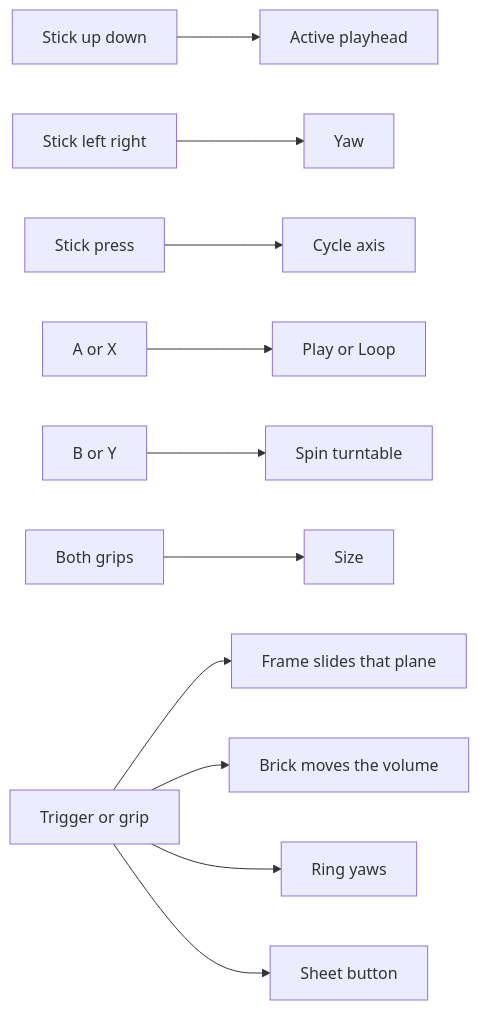
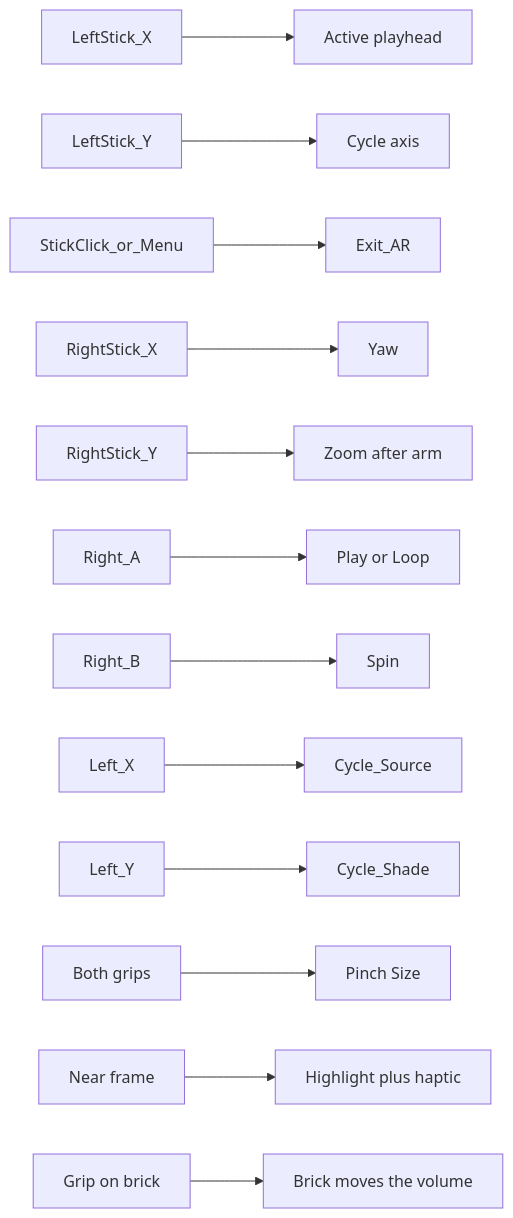
One commit to PiMaV/DONNER changed the fourth of 26 diagrams in docs/gui.md. Above: the diagram before and after it, drawn with Mermaid. The commit also changed other lines of this file and 12 other files, not shown here.

````diff
--- a/docs/gui.md
+++ b/docs/gui.md
@@ -134,20 +134,27 @@
 ```mermaid
 flowchart LR
-  stickY[Stick up down]
-  stickX[Stick left right]
-  stickClick[Stick press]
-  faceA[A or X]
-  faceB[B or Y]
+  leftX[LeftStick_X]
+  leftY[LeftStick_Y]
+  stickClick[StickClick_or_Menu]
+  rightX[RightStick_X]
+  rightY[RightStick_Y]
+  faceA[Right_A]
+  faceB[Right_B]
+  faceX[Left_X]
+  faceY[Left_Y]
   grips[Both grips]
-  grab[Trigger or grip]
-  stickY --> layer[Active playhead]
-  stickX --> yaw[Yaw]
-  stickClick --> axis[Cycle axis]
+  near[Near frame]
+  grab[Grip on brick]
+  leftX --> layer[Active playhead]
+  leftY --> axis[Cycle axis]
+  stickClick --> exitAr[Exit_AR]
+  rightX --> yaw[Yaw]
+  rightY --> zoom[Zoom after arm]
   faceA --> play[Play or Loop]
-  faceB --> spin[Spin turntable]
-  grips --> size[Size]
-  grab --> frame[Frame slides that plane]
+  faceB --> spin[Spin]
+  faceX --> source[Cycle_Source]
+  faceY --> shade[Cycle_Shade]
+  grips --> size[Pinch Size]
+  near --> hover[Highlight plus haptic]
   grab --> brick[Brick moves the volume]
-  grab --> ring[Ring yaws]
-  grab --> sheet[Sheet button]
 ```
````
